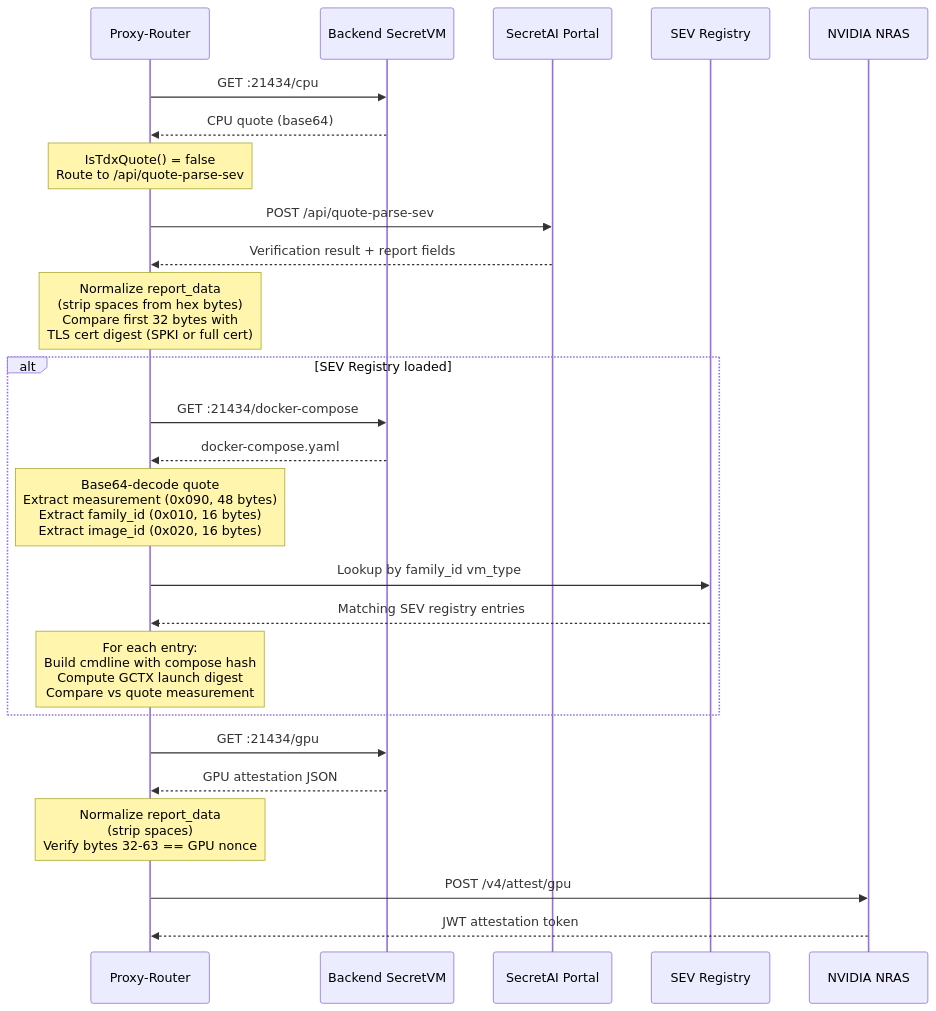
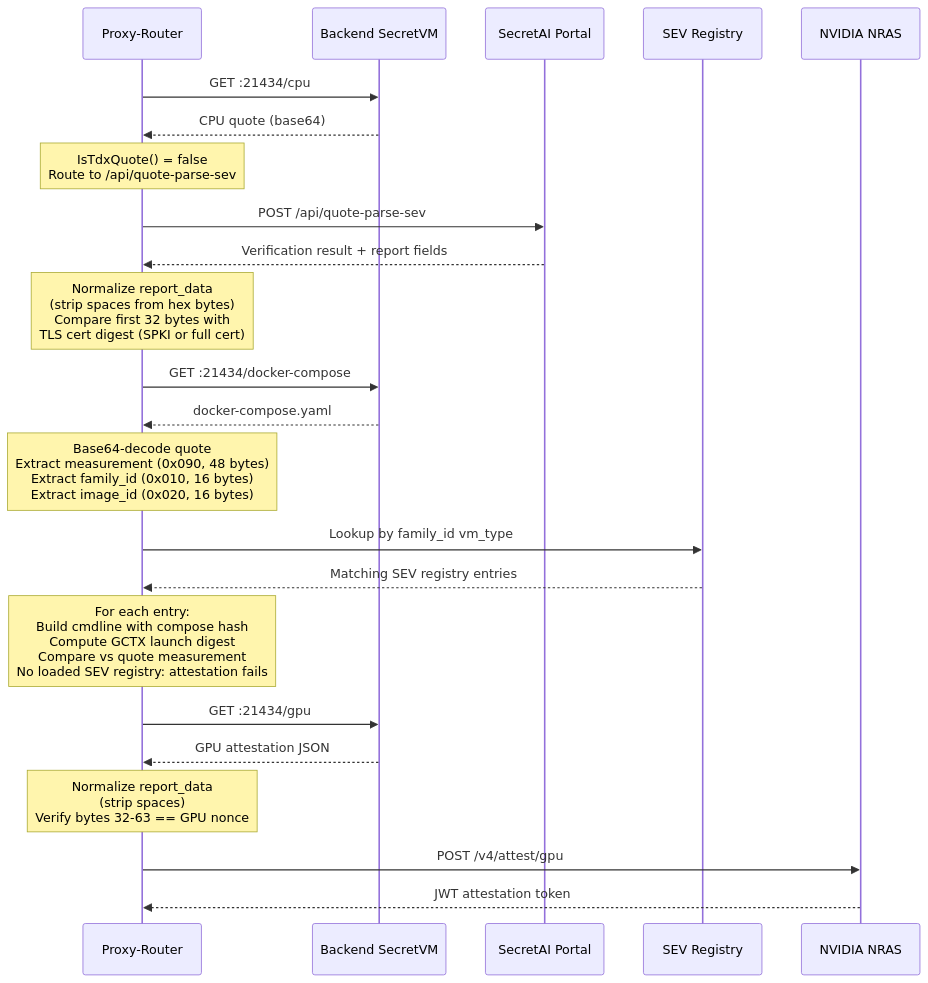
One commit to cowboycoderhq/Morpheus-Lumerin-Node changed the first of 2 diagrams in docs/providers/full/sev-verification.mdx. Above: the diagram before and after it, drawn with Mermaid. The commit also changed other lines of this file and 80 other files, not shown here.

````diff
--- a/docs/providers/full/sev-verification.mdx
+++ b/docs/providers/full/sev-verification.mdx
@@ -42,38 +42,36 @@
 ```mermaid
 sequenceDiagram
     participant P as Proxy-Router
     participant B as Backend SecretVM
     participant S as SecretAI Portal
     participant R as SEV Registry
     participant N as NVIDIA NRAS
 
     P->>B: GET :21434/cpu
     B-->>P: CPU quote (base64)
 
     Note over P: IsTdxQuote() = false<br/>Route to /api/quote-parse-sev
 
     P->>S: POST /api/quote-parse-sev
     S-->>P: Verification result + report fields
 
     Note over P: Normalize report_data<br/>(strip spaces from hex bytes)<br/>Compare first 32 bytes with<br/>TLS cert digest (SPKI or full cert)
 
-    alt SEV Registry loaded
-        P->>B: GET :21434/docker-compose
-        B-->>P: docker-compose.yaml
+    P->>B: GET :21434/docker-compose
+    B-->>P: docker-compose.yaml
 
-        Note over P: Base64-decode quote<br/>Extract measurement (0x090, 48 bytes)<br/>Extract family_id (0x010, 16 bytes)<br/>Extract image_id (0x020, 16 bytes)
+    Note over P: Base64-decode quote<br/>Extract measurement (0x090, 48 bytes)<br/>Extract family_id (0x010, 16 bytes)<br/>Extract image_id (0x020, 16 bytes)
 
-        P->>R: Lookup by family_id vm_type
-        R-->>P: Matching SEV registry entries
+    P->>R: Lookup by family_id vm_type
+    R-->>P: Matching SEV registry entries
 
-        Note over P: For each entry:<br/>Build cmdline with compose hash<br/>Compute GCTX launch digest<br/>Compare vs quote measurement
-    end
+    Note over P: For each entry:<br/>Build cmdline with compose hash<br/>Compute GCTX launch digest<br/>Compare vs quote measurement<br/>No loaded SEV registry: attestation fails
 
     P->>B: GET :21434/gpu
     B-->>P: GPU attestation JSON
 
     Note over P: Normalize report_data<br/>(strip spaces)<br/>Verify bytes 32-63 == GPU nonce
 
     P->>N: POST /v4/attest/gpu
     N-->>P: JWT attestation token
 ```
````
